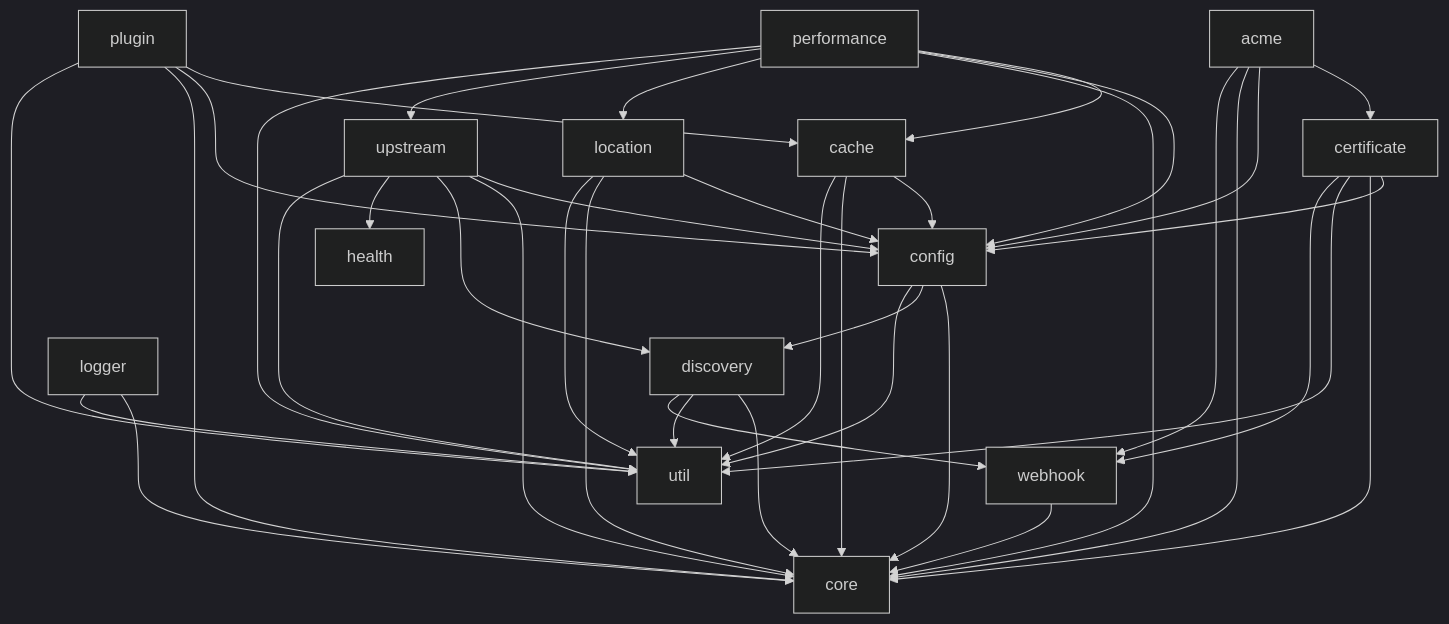
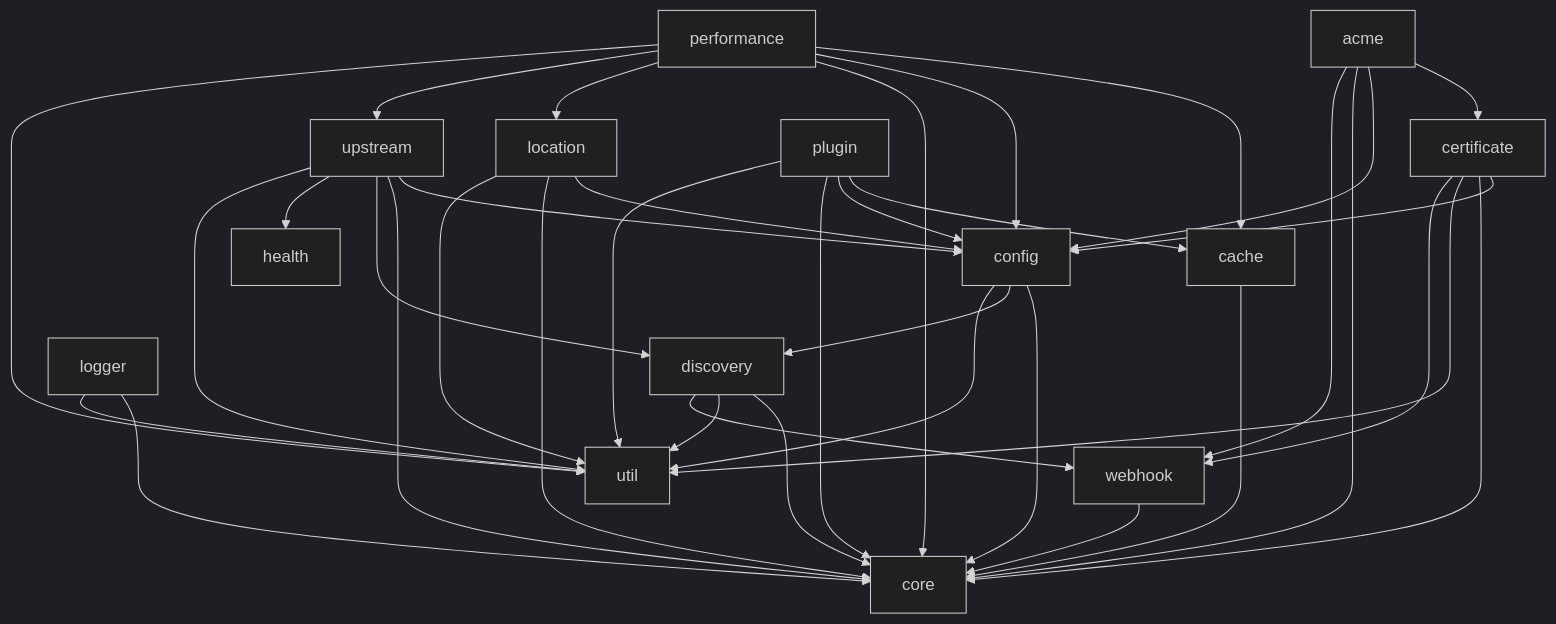
The diagram in docs/modules.md (vicanso/pingap), drawn with Mermaid (dark theme) before and after one commit. The commit also changed 10 other files, not shown here.

````diff
--- a/docs/modules.md
+++ b/docs/modules.md
@@ -21,51 +21,49 @@
 ```mermaid
 graph TD
     acme --> certificate
     acme --> config
     acme --> core
     acme --> webhook
 
-    cache --> config
     cache --> core
-    cache --> util
 
     certificate --> config
     certificate --> core
     certificate --> util
     certificate --> webhook
 
     config --> core
     config --> discovery
     config --> util
 
     discovery --> core
     discovery --> util
     discovery --> webhook
 
     location --> config
     location --> core
     location --> util
 
     logger --> core
     logger --> util
 
     performance --> cache
     performance --> config
     performance --> core
     performance --> location
     performance --> upstream
     performance --> util
 
     plugin --> cache
     plugin --> config
     plugin --> core
     plugin --> util
 
     upstream --> config
     upstream --> core
     upstream --> discovery
     upstream --> health
     upstream --> util
 
     webhook --> core
 ```
````
